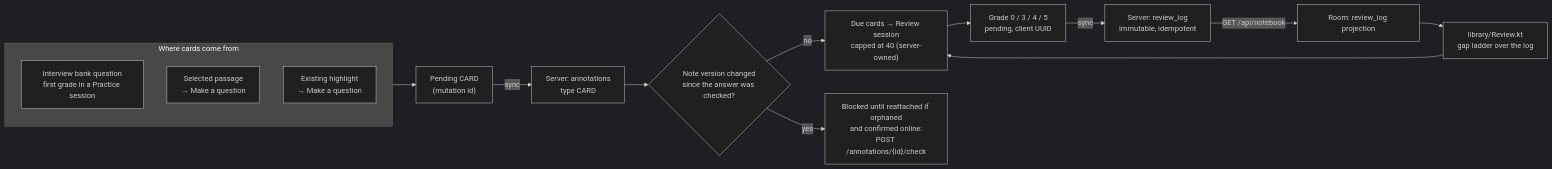
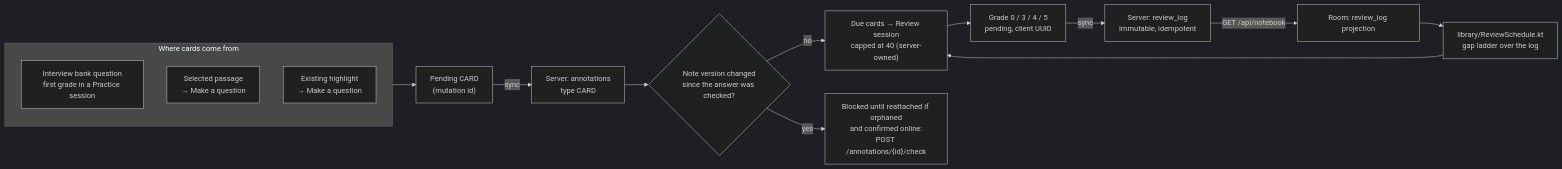
One commit to jaxwong/reporead changed diagram 11 of 12 in docs/architecture.md. Above: the diagram before and after it, drawn with Mermaid (dark theme). The commit also changed other lines of this file and 11 other files, not shown here.

````diff
--- a/docs/architecture.md
+++ b/docs/architecture.md
@@ -498,24 +498,24 @@
 ```mermaid
 flowchart LR
     subgraph Sources["Where cards come from"]
         Bank["Interview bank question<br/>first grade in a Practice session"]
         Sel["Selected passage<br/>→ Make a question"]
         HL["Existing highlight<br/>→ Make a question"]
     end
 
     Card["Pending CARD<br/>(mutation id)"]
     Sources --> Card
     Card -- "sync" --> SrvCard["Server: annotations<br/>type CARD"]
 
     Grade["Grade 0 / 3 / 4 / 5<br/>pending, client UUID"]
     Grade -- "sync" --> Log["Server: review_log<br/>immutable, idempotent"]
     Log -- "GET /api/notebook" --> Proj["Room: review_log projection"]
-    Proj --> Ladder["library/Review.kt<br/>gap ladder over the log"]
+    Proj --> Ladder["library/ReviewSchedule.kt<br/>gap ladder over the log"]
     Ladder --> Due["Due cards → Review session<br/>capped at 40 (server-owned)"]
     Due --> Grade
 
     Changed{"Note version changed<br/>since the answer was checked?"}
     SrvCard --> Changed
     Changed -- "yes" --> Check["Blocked until reattached if orphaned<br/>and confirmed online:<br/>POST /annotations/{id}/check"]
     Changed -- "no" --> Due
 ```
````
